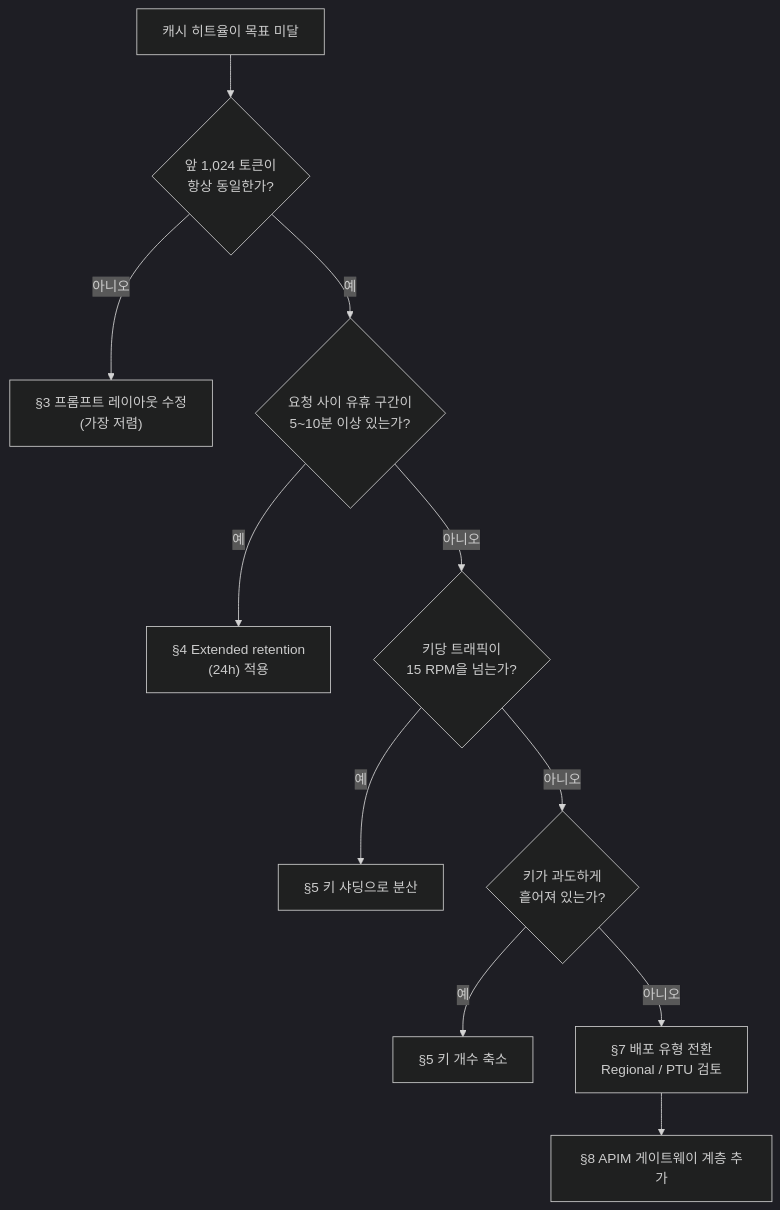
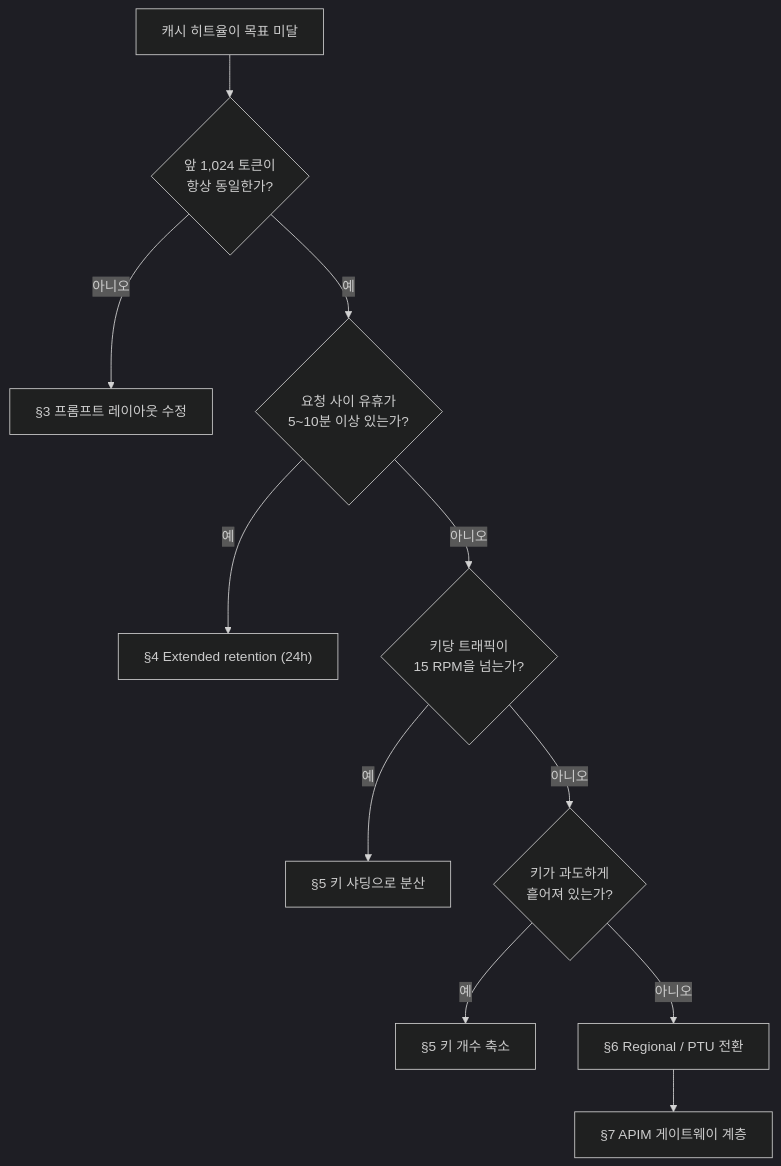
Before and after one commit to yunkyoungaum/aoai-onboarding-guide: the fifth of 6 diagrams in guides/05-aoai-cache-performance/source.md, drawn with Mermaid (dark theme). The commit also changed other lines of this file and 1 other file, not shown here.

````diff
--- a/guides/05-aoai-cache-performance/source.md
+++ b/guides/05-aoai-cache-performance/source.md
@@ -489,13 +402,13 @@
 ```mermaid
 flowchart TB
     S["캐시 히트율이 목표 미달"] --> A{"앞 1,024 토큰이<br/>항상 동일한가?"}
-    A -->|"아니오"| A1["§3 프롬프트 레이아웃 수정<br/>(가장 저렴)"]
-    A -->|"예"| B{"요청 사이 유휴 구간이<br/>5~10분 이상 있는가?"}
-    B -->|"예"| B1["§4 Extended retention<br/>(24h) 적용"]
+    A -->|"아니오"| A1["§3 프롬프트 레이아웃 수정"]
+    A -->|"예"| B{"요청 사이 유휴가<br/>5~10분 이상 있는가?"}
+    B -->|"예"| B1["§4 Extended retention (24h)"]
     B -->|"아니오"| C{"키당 트래픽이<br/>15 RPM을 넘는가?"}
     C -->|"예"| C1["§5 키 샤딩으로 분산"]
     C -->|"아니오"| D{"키가 과도하게<br/>흩어져 있는가?"}
     D -->|"예"| D1["§5 키 개수 축소"]
-    D -->|"아니오"| E["§7 배포 유형 전환<br/>Regional / PTU 검토"]
-    E --> F["§8 APIM 게이트웨이 계층 추가"]
+    D -->|"아니오"| E["§6 Regional / PTU 전환"]
+    E --> F["§7 APIM 게이트웨이 계층"]
 ```
````
